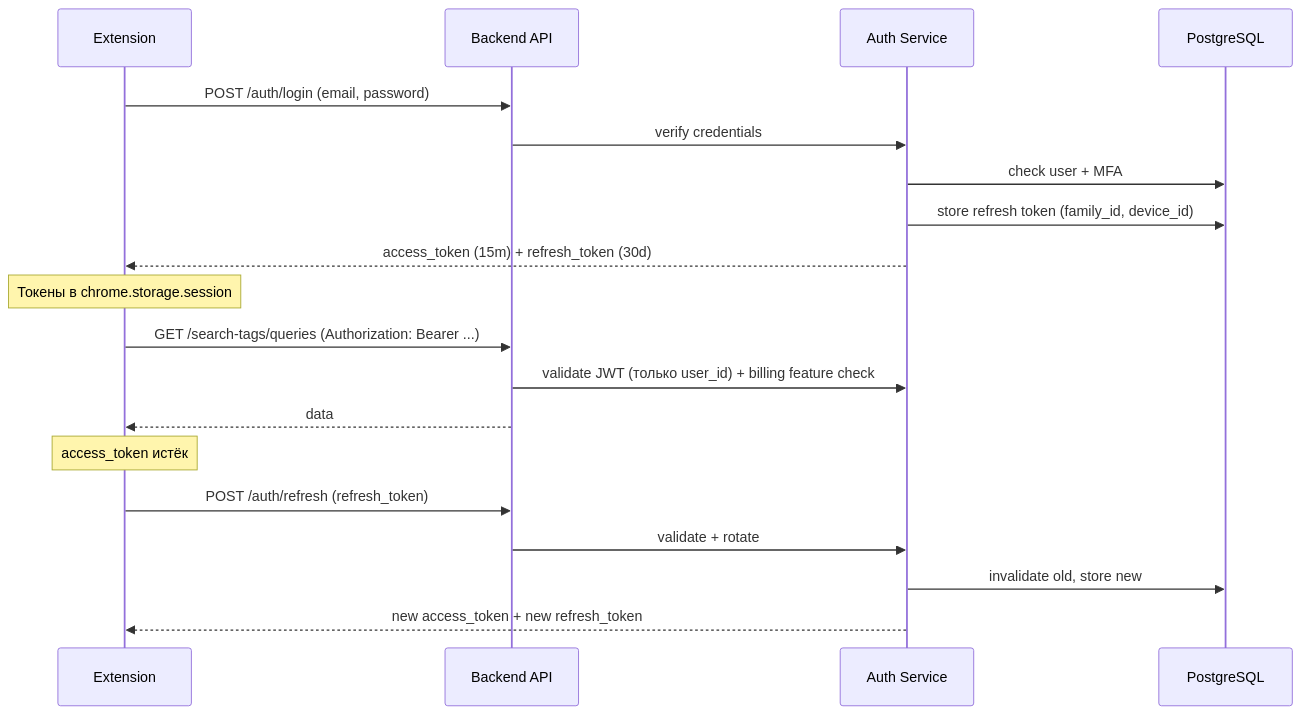
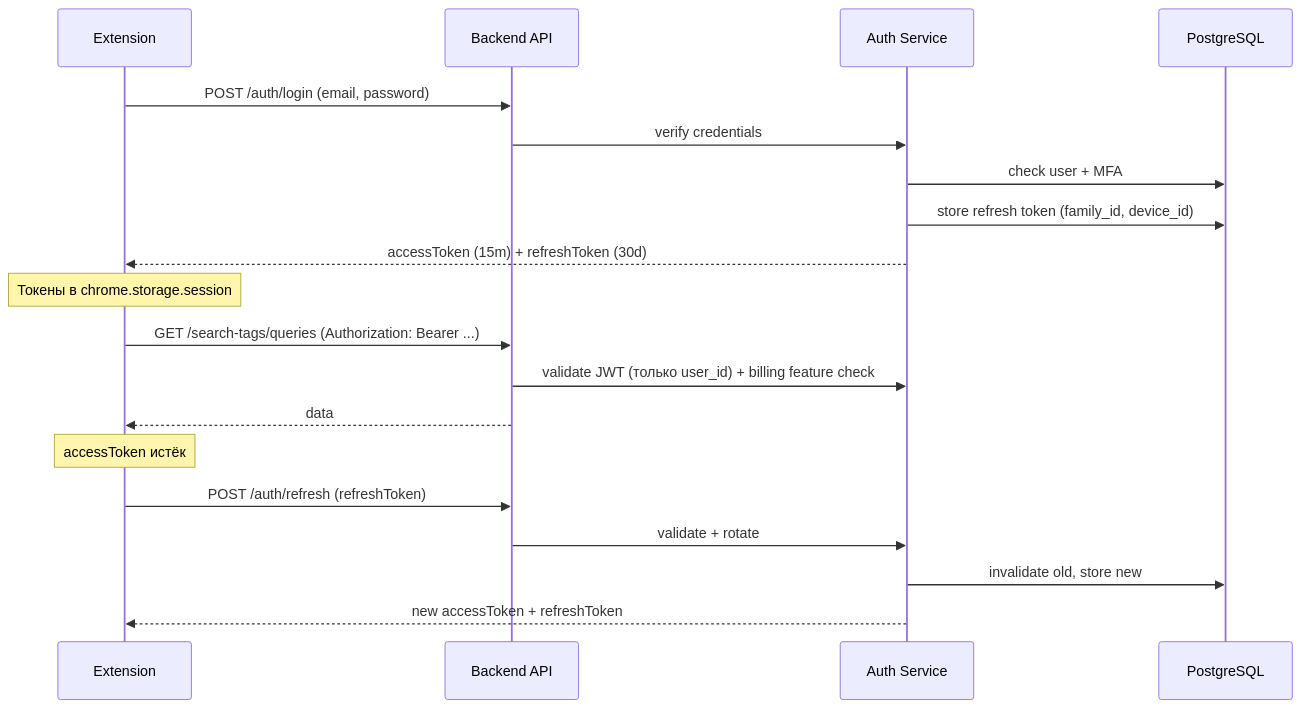
One commit to MarketHackerLabs/docs changed the first of 2 diagrams in architecture/authentication.md. Above: the diagram before and after it, drawn with Mermaid. The commit also changed other lines of this file and 8 other files, not shown here.

````diff
--- a/architecture/authentication.md
+++ b/architecture/authentication.md
@@ -13,26 +13,26 @@
 ```mermaid
 sequenceDiagram
     participant EXT as Extension
     participant API as Backend API
     participant AUTH as Auth Service
     participant PG as PostgreSQL
 
     EXT->>API: POST /auth/login (email, password)
     API->>AUTH: verify credentials
     AUTH->>PG: check user + MFA
     AUTH->>PG: store refresh token (family_id, device_id)
-    AUTH-->>EXT: access_token (15m) + refresh_token (30d)
+    AUTH-->>EXT: accessToken (15m) + refreshToken (30d)
 
     Note over EXT: Токены в chrome.storage.session
 
     EXT->>API: GET /search-tags/queries (Authorization: Bearer ...)
     API->>AUTH: validate JWT (только user_id) + billing feature check
     API-->>EXT: data
 
-    Note over EXT: access_token истёк
+    Note over EXT: accessToken истёк
 
-    EXT->>API: POST /auth/refresh (refresh_token)
+    EXT->>API: POST /auth/refresh (refreshToken)
     API->>AUTH: validate + rotate
     AUTH->>PG: invalidate old, store new
-    AUTH-->>EXT: new access_token + new refresh_token
+    AUTH-->>EXT: new accessToken + refreshToken
 ```
````
